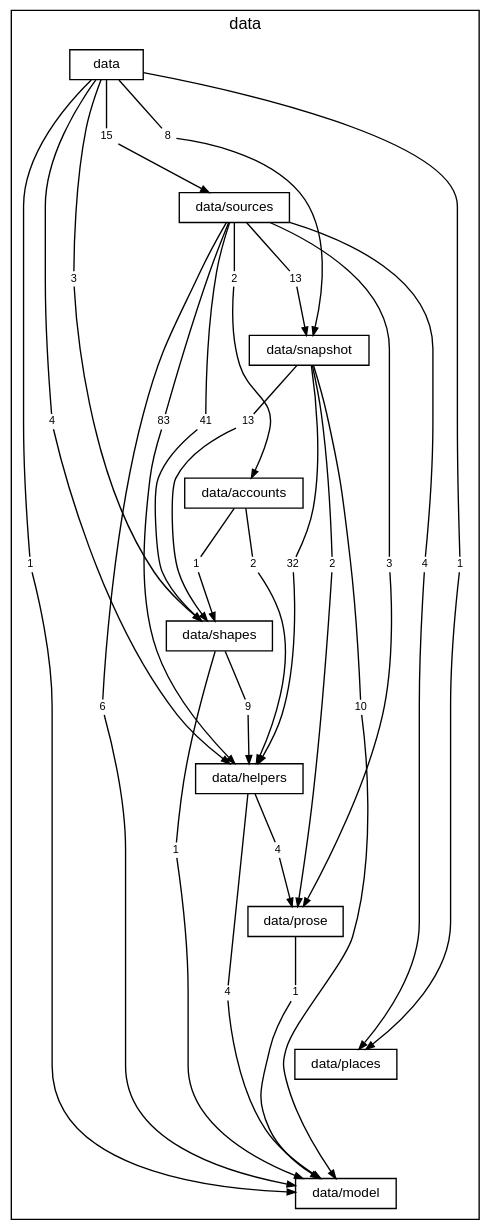
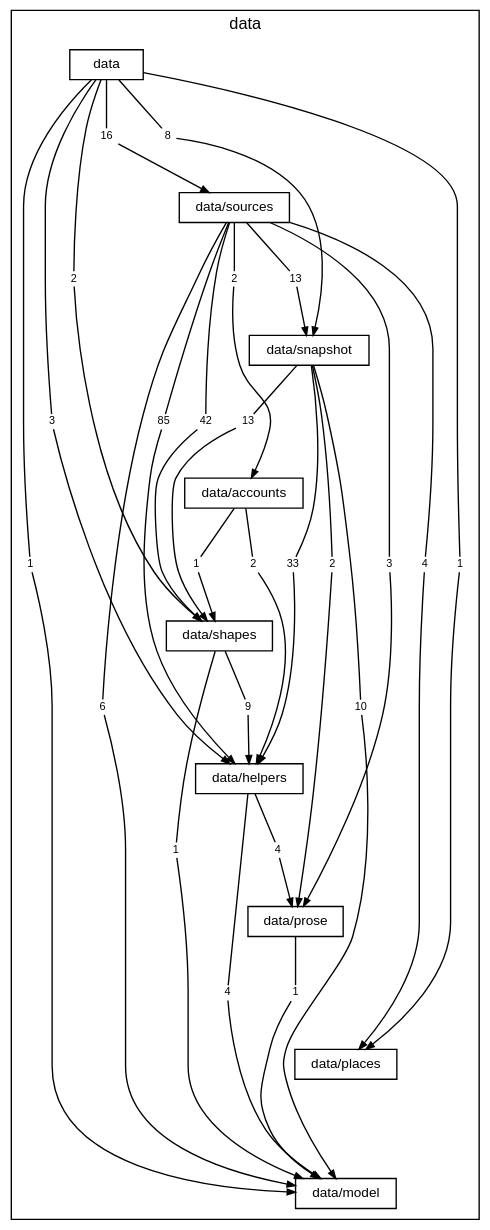
The diagram in docs/diagrams/layer-data.dot (TheAxeC/oculus), drawn with Graphviz before and after one commit. The commit also changed 208 other files, not shown here.

```diff
--- a/docs/diagrams/layer-data.dot
+++ b/docs/diagrams/layer-data.dot
@@ -1,97 +1,97 @@
 digraph layer_data {
     graph [bgcolor="transparent", rankdir=TB, newrank=true, mclimit=4, fontname="Helvetica", fontsize=12, nodesep=0.2, ranksep=0.5];
     node [shape=box, color="black", fontcolor="black", fontname="Helvetica", fontsize=10, height=0.3, margin="0.12,0.04"];
     edge [color="black", fontcolor="black", fontname="Helvetica", fontsize=8, arrowsize=0.6];
     subgraph "cluster_data" {
         label="data"; style=solid;
         "folder data" [label="data"];
         "folder data/sources" [label="data/sources"];
         "folder data/snapshot" [label="data/snapshot"];
         "folder data/accounts" [label="data/accounts"];
         "folder data/shapes" [label="data/shapes"];
         "folder data/helpers" [label="data/helpers"];
         "folder data/prose" [label="data/prose"];
         "folder data/places" [label="data/places"];
         "folder data/model" [label="data/model"];
-        "folder data to folder data/helpers" [label="4", shape=box, color="transparent", fontsize=8, width=0, height=0, margin="0.04,0.02"];
+        "folder data to folder data/helpers" [label="3", shape=box, color="transparent", fontsize=8, width=0, height=0, margin="0.04,0.02"];
         "folder data to folder data/model" [label="1", shape=box, color="transparent", fontsize=8, width=0, height=0, margin="0.04,0.02"];
         "folder data to folder data/places" [label="1", shape=box, color="transparent", fontsize=8, width=0, height=0, margin="0.04,0.02"];
-        "folder data to folder data/shapes" [label="3", shape=box, color="transparent", fontsize=8, width=0, height=0, margin="0.04,0.02"];
+        "folder data to folder data/shapes" [label="2", shape=box, color="transparent", fontsize=8, width=0, height=0, margin="0.04,0.02"];
         "folder data to folder data/snapshot" [label="8", shape=box, color="transparent", fontsize=8, width=0, height=0, margin="0.04,0.02"];
-        "folder data to folder data/sources" [label="15", shape=box, color="transparent", fontsize=8, width=0, height=0, margin="0.04,0.02"];
+        "folder data to folder data/sources" [label="16", shape=box, color="transparent", fontsize=8, width=0, height=0, margin="0.04,0.02"];
         "folder data/sources to folder data/accounts" [label="2", shape=box, color="transparent", fontsize=8, width=0, height=0, margin="0.04,0.02"];
-        "folder data/sources to folder data/helpers" [label="83", shape=box, color="transparent", fontsize=8, width=0, height=0, margin="0.04,0.02"];
+        "folder data/sources to folder data/helpers" [label="85", shape=box, color="transparent", fontsize=8, width=0, height=0, margin="0.04,0.02"];
         "folder data/sources to folder data/model" [label="6", shape=box, color="transparent", fontsize=8, width=0, height=0, margin="0.04,0.02"];
         "folder data/sources to folder data/places" [label="4", shape=box, color="transparent", fontsize=8, width=0, height=0, margin="0.04,0.02"];
         "folder data/sources to folder data/prose" [label="3", shape=box, color="transparent", fontsize=8, width=0, height=0, margin="0.04,0.02"];
-        "folder data/sources to folder data/shapes" [label="41", shape=box, color="transparent", fontsize=8, width=0, height=0, margin="0.04,0.02"];
+        "folder data/sources to folder data/shapes" [label="42", shape=box, color="transparent", fontsize=8, width=0, height=0, margin="0.04,0.02"];
         "folder data/sources to folder data/snapshot" [label="13", shape=box, color="transparent", fontsize=8, width=0, height=0, margin="0.04,0.02"];
-        "folder data/snapshot to folder data/helpers" [label="32", shape=box, color="transparent", fontsize=8, width=0, height=0, margin="0.04,0.02"];
+        "folder data/snapshot to folder data/helpers" [label="33", shape=box, color="transparent", fontsize=8, width=0, height=0, margin="0.04,0.02"];
         "folder data/snapshot to folder data/model" [label="10", shape=box, color="transparent", fontsize=8, width=0, height=0, margin="0.04,0.02"];
         "folder data/snapshot to folder data/prose" [label="2", shape=box, color="transparent", fontsize=8, width=0, height=0, margin="0.04,0.02"];
         "folder data/snapshot to folder data/shapes" [label="13", shape=box, color="transparent", fontsize=8, width=0, height=0, margin="0.04,0.02"];
         "folder data/accounts to folder data/helpers" [label="2", shape=box, color="transparent", fontsize=8, width=0, height=0, margin="0.04,0.02"];
         "folder data/accounts to folder data/shapes" [label="1", shape=box, color="transparent", fontsize=8, width=0, height=0, margin="0.04,0.02"];
         "folder data/shapes to folder data/helpers" [label="9", shape=box, color="transparent", fontsize=8, width=0, height=0, margin="0.04,0.02"];
         "folder data/shapes to folder data/model" [label="1", shape=box, color="transparent", fontsize=8, width=0, height=0, margin="0.04,0.02"];
         "folder data/helpers to folder data/model" [label="4", shape=box, color="transparent", fontsize=8, width=0, height=0, margin="0.04,0.02"];
         "folder data/helpers to folder data/prose" [label="4", shape=box, color="transparent", fontsize=8, width=0, height=0, margin="0.04,0.02"];
         "folder data/prose to folder data/model" [label="1", shape=box, color="transparent", fontsize=8, width=0, height=0, margin="0.04,0.02"];
     }
     "folder data" -> "folder data/sources" [style=invis, weight=10, minlen=2];
     "folder data/sources" -> "folder data/snapshot" [style=invis, weight=10, minlen=2];
     "folder data/snapshot" -> "folder data/accounts" [style=invis, weight=10, minlen=2];
     "folder data/accounts" -> "folder data/shapes" [style=invis, weight=10, minlen=2];
     "folder data/shapes" -> "folder data/helpers" [style=invis, weight=10, minlen=2];
     "folder data/helpers" -> "folder data/prose" [style=invis, weight=10, minlen=2];
     "folder data/prose" -> "folder data/places" [style=invis, weight=10, minlen=2];
     "folder data/places" -> "folder data/model" [style=invis, weight=10, minlen=2];
     "folder data" -> "folder data to folder data/helpers" [arrowhead=none, minlen=5, weight=10];
     "folder data to folder data/helpers" -> "folder data/helpers" [];
     "folder data" -> "folder data to folder data/model" [arrowhead=none, minlen=7, weight=10];
     "folder data to folder data/model" -> "folder data/model" [];
     "folder data" -> "folder data to folder data/places" [arrowhead=none, minlen=7, weight=10];
     "folder data to folder data/places" -> "folder data/places" [];
     "folder data" -> "folder data to folder data/shapes" [arrowhead=none, minlen=3, weight=10];
     "folder data to folder data/shapes" -> "folder data/shapes" [];
     "folder data" -> "folder data to folder data/snapshot" [arrowhead=none, minlen=1, weight=10];
     "folder data to folder data/snapshot" -> "folder data/snapshot" [];
     "folder data" -> "folder data to folder data/sources" [arrowhead=none, minlen=1, weight=10];
     "folder data to folder data/sources" -> "folder data/sources" [];
     "folder data/sources" -> "folder data/sources to folder data/accounts" [arrowhead=none, minlen=1, weight=10];
     "folder data/sources to folder data/accounts" -> "folder data/accounts" [];
     "folder data/sources" -> "folder data/sources to folder data/helpers" [arrowhead=none, minlen=3, weight=10];
     "folder data/sources to folder data/helpers" -> "folder data/helpers" [];
     "folder data/sources" -> "folder data/sources to folder data/model" [arrowhead=none, minlen=7, weight=10];
     "folder data/sources to folder data/model" -> "folder data/model" [];
     "folder data/sources" -> "folder data/sources to folder data/places" [arrowhead=none, minlen=5, weight=10];
     "folder data/sources to folder data/places" -> "folder data/places" [];
     "folder data/sources" -> "folder data/sources to folder data/prose" [arrowhead=none, minlen=5, weight=10];
     "folder data/sources to folder data/prose" -> "folder data/prose" [];
     "folder data/sources" -> "folder data/sources to folder data/shapes" [arrowhead=none, minlen=3, weight=10];
     "folder data/sources to folder data/shapes" -> "folder data/shapes" [];
     "folder data/sources" -> "folder data/sources to folder data/snapshot" [arrowhead=none, minlen=1, weight=10];
     "folder data/sources to folder data/snapshot" -> "folder data/snapshot" [];
     "folder data/snapshot" -> "folder data/snapshot to folder data/helpers" [arrowhead=none, minlen=3, weight=10];
     "folder data/snapshot to folder data/helpers" -> "folder data/helpers" [];
     "folder data/snapshot" -> "folder data/snapshot to folder data/model" [arrowhead=none, minlen=5, weight=10];
     "folder data/snapshot to folder data/model" -> "folder data/model" [];
     "folder data/snapshot" -> "folder data/snapshot to folder data/prose" [arrowhead=none, minlen=3, weight=10];
     "folder data/snapshot to folder data/prose" -> "folder data/prose" [];
     "folder data/snapshot" -> "folder data/snapshot to folder data/shapes" [arrowhead=none, minlen=1, weight=10];
     "folder data/snapshot to folder data/shapes" -> "folder data/shapes" [];
     "folder data/accounts" -> "folder data/accounts to folder data/helpers" [arrowhead=none, minlen=1, weight=10];
     "folder data/accounts to folder data/helpers" -> "folder data/helpers" [];
     "folder data/accounts" -> "folder data/accounts to folder data/shapes" [arrowhead=none, minlen=1, weight=10];
     "folder data/accounts to folder data/shapes" -> "folder data/shapes" [];
     "folder data/shapes" -> "folder data/shapes to folder data/helpers" [arrowhead=none, minlen=1, weight=10];
     "folder data/shapes to folder data/helpers" -> "folder data/helpers" [];
     "folder data/shapes" -> "folder data/shapes to folder data/model" [arrowhead=none, minlen=3, weight=10];
     "folder data/shapes to folder data/model" -> "folder data/model" [];
     "folder data/helpers" -> "folder data/helpers to folder data/model" [arrowhead=none, minlen=3, weight=10];
     "folder data/helpers to folder data/model" -> "folder data/model" [];
     "folder data/helpers" -> "folder data/helpers to folder data/prose" [arrowhead=none, minlen=1, weight=10];
     "folder data/helpers to folder data/prose" -> "folder data/prose" [];
     "folder data/prose" -> "folder data/prose to folder data/model" [arrowhead=none, minlen=1, weight=10];
     "folder data/prose to folder data/model" -> "folder data/model" [];
 }
```
